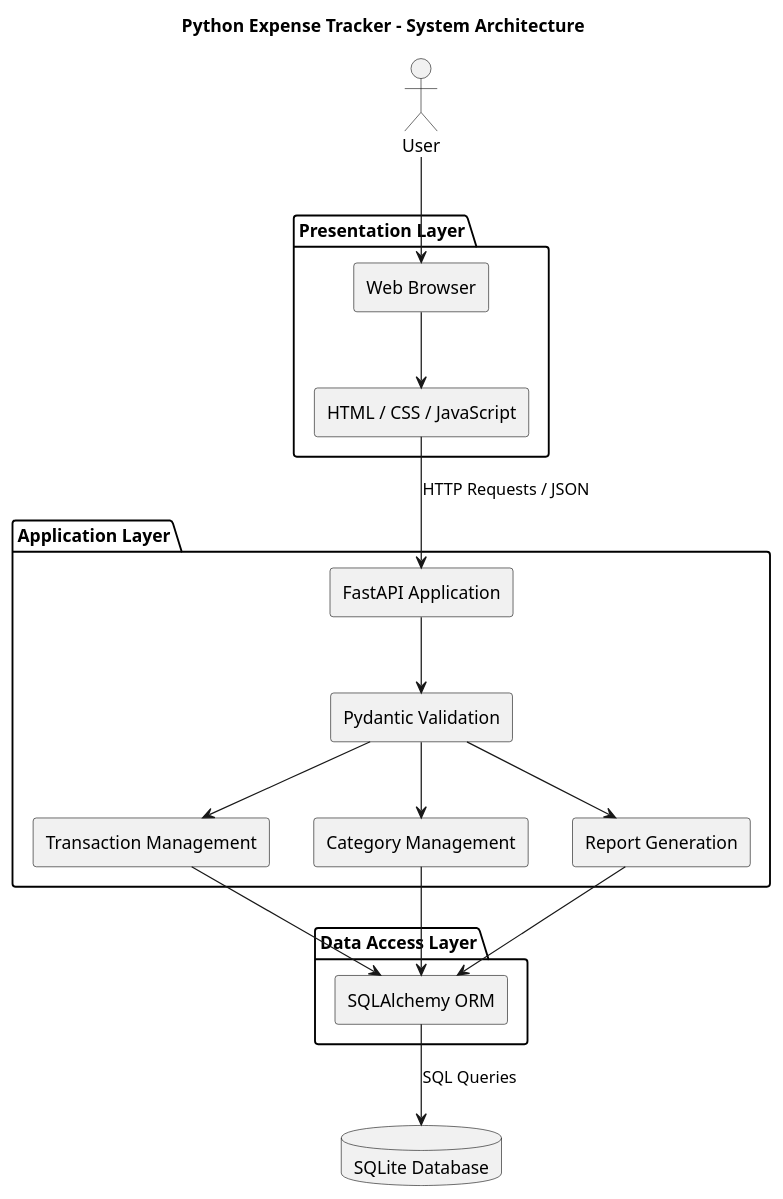
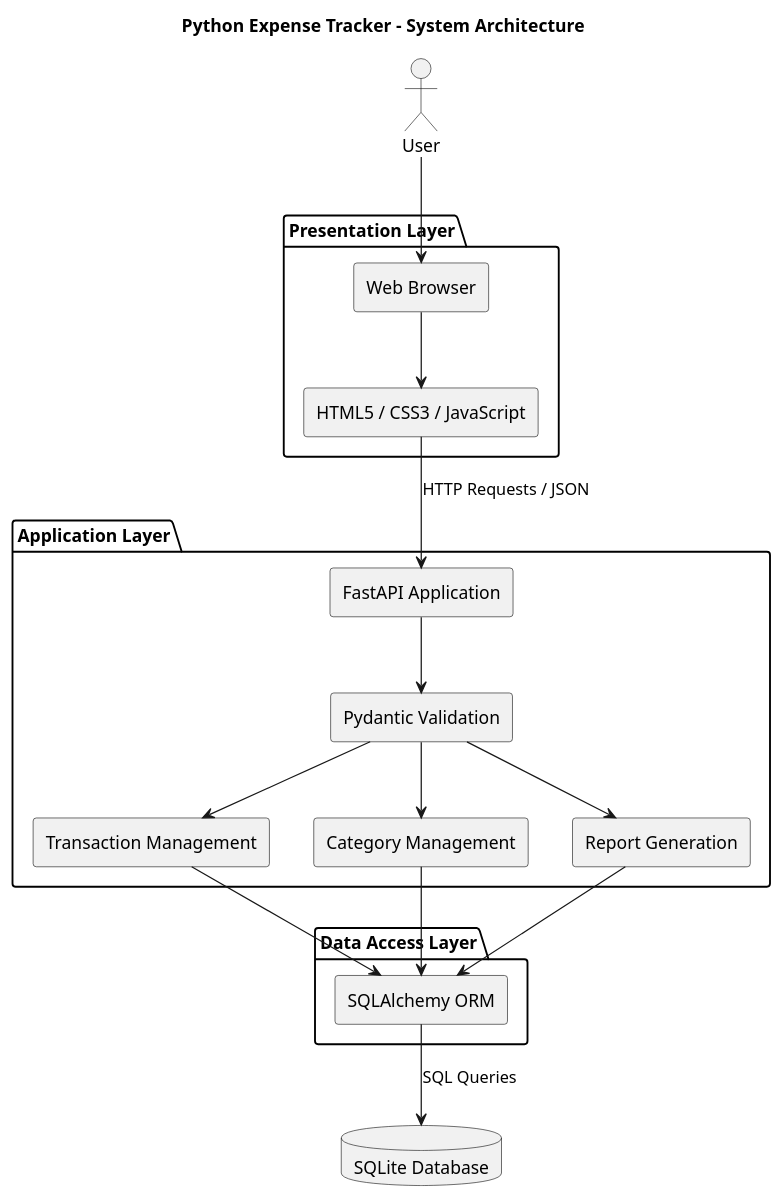
The diagram in docs/architecture/diagrams/system-architecture.puml (sai-software-engineering/python-expense-tracker), drawn with PlantUML before and after one commit.

Commit message:
testing ci/cd

```diff
--- a/docs/architecture/diagrams/system-architecture.puml
+++ b/docs/architecture/diagrams/system-architecture.puml
@@ -1,48 +1,48 @@
 @startuml
 
 title Python Expense Tracker - System Architecture
 
 skinparam componentStyle rectangle
 skinparam shadowing false
 
 actor User
 
 package "Presentation Layer" {
     component "Web Browser" as Browser
-    component "HTML / CSS / JavaScript" as Frontend
+    component "HTML5 / CSS3 / JavaScript" as Frontend
 }
 
 package "Application Layer" {
 
     component "FastAPI Application" as API
 
     component "Transaction Management" as Transaction
     component "Category Management" as Category
     component "Report Generation" as Reports
 
     component "Pydantic Validation" as Validation
 }
 
 package "Data Access Layer" {
     component "SQLAlchemy ORM" as ORM
 }
 
 database "SQLite Database" as DB
 
 User --> Browser
 Browser --> Frontend
 
 Frontend --> API : HTTP Requests / JSON
 
 API --> Validation
 Validation --> Transaction
 Validation --> Category
 Validation --> Reports
 
 Transaction --> ORM
 Category --> ORM
 Reports --> ORM
 
 ORM --> DB : SQL Queries
 
 @enduml
```
